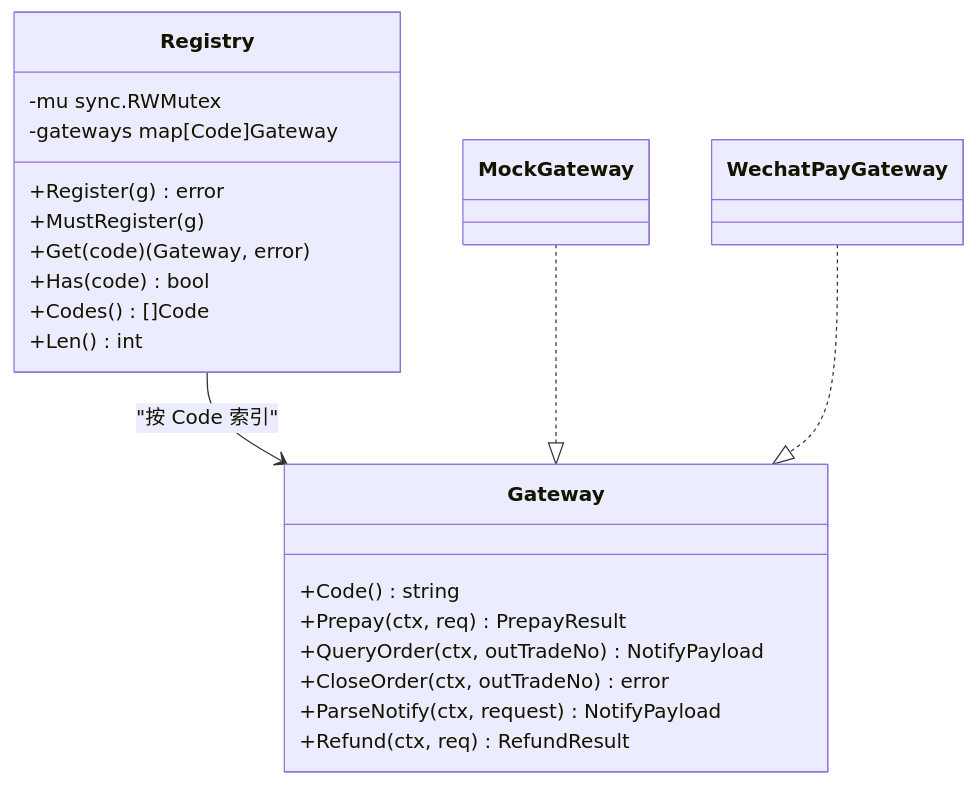
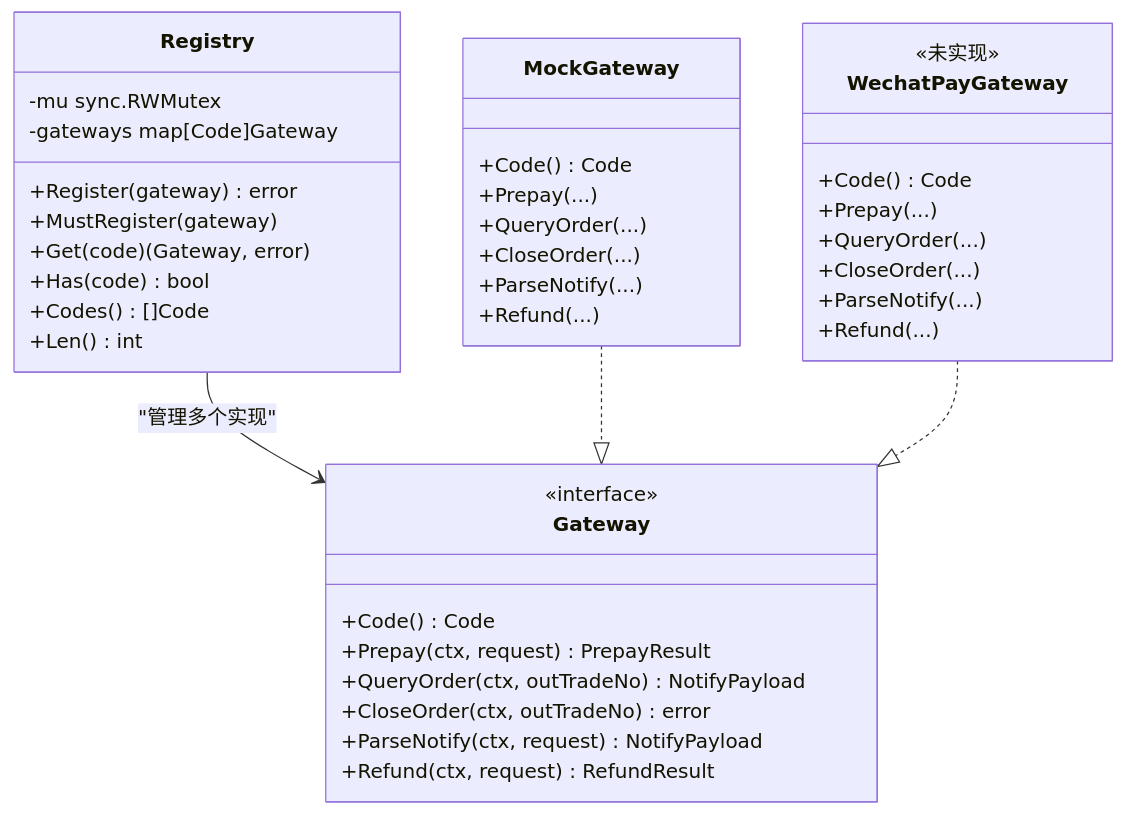
Before and after one commit to gbtdesign/payment: the sixth of 6 diagrams in .qoder/repowiki/zh/content/项目概述.md, drawn with Mermaid. The commit also changed other lines of this file and 107 other files, not shown here.

````diff
--- a/.qoder/repowiki/zh/content/项目概述.md
+++ b/.qoder/repowiki/zh/content/项目概述.md
@@ -230,26 +228,42 @@
 ```mermaid
 classDiagram
 class Gateway {
-+Code() string
-+Prepay(ctx, req) PrepayResult
+<<interface>>
++Code() Code
++Prepay(ctx, request) PrepayResult
 +QueryOrder(ctx, outTradeNo) NotifyPayload
 +CloseOrder(ctx, outTradeNo) error
 +ParseNotify(ctx, request) NotifyPayload
-+Refund(ctx, req) RefundResult
++Refund(ctx, request) RefundResult
 }
 class Registry {
 -mu sync.RWMutex
 -gateways map[Code]Gateway
-+Register(g) error
-+MustRegister(g)
++Register(gateway) error
++MustRegister(gateway)
 +Get(code) (Gateway, error)
 +Has(code) bool
 +Codes() []Code
 +Len() int
 }
-class MockGateway
-class WechatPayGateway
-Registry --> Gateway : "按 Code 索引"
+class MockGateway {
++Code() Code
++Prepay(...)
++QueryOrder(...)
++CloseOrder(...)
++ParseNotify(...)
++Refund(...)
+}
+class WechatPayGateway {
+<<未实现>>
++Code() Code
++Prepay(...)
++QueryOrder(...)
++CloseOrder(...)
++ParseNotify(...)
++Refund(...)
+}
+Registry --> Gateway : "管理多个实现"
 MockGateway ..|> Gateway
 WechatPayGateway ..|> Gateway
 ```
````
